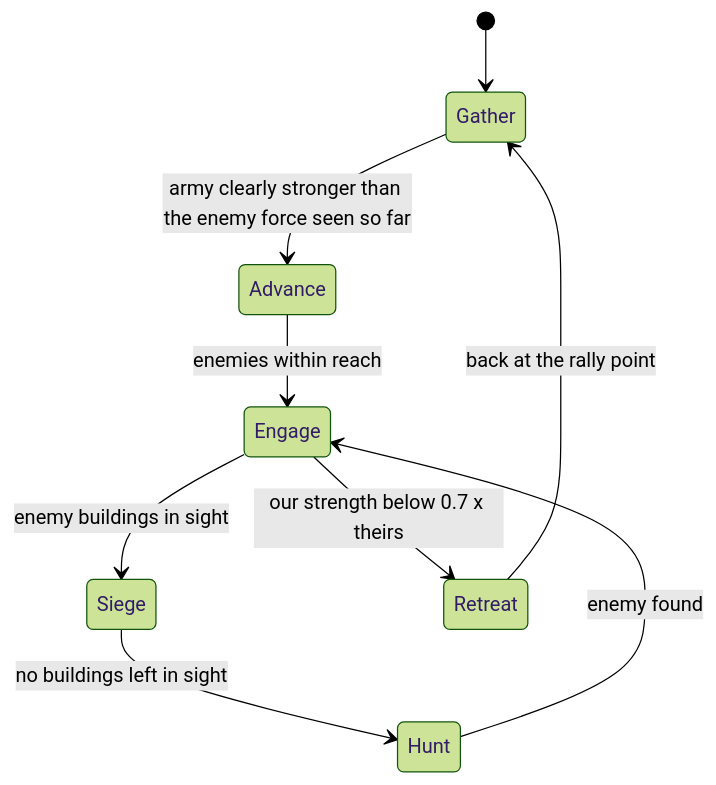
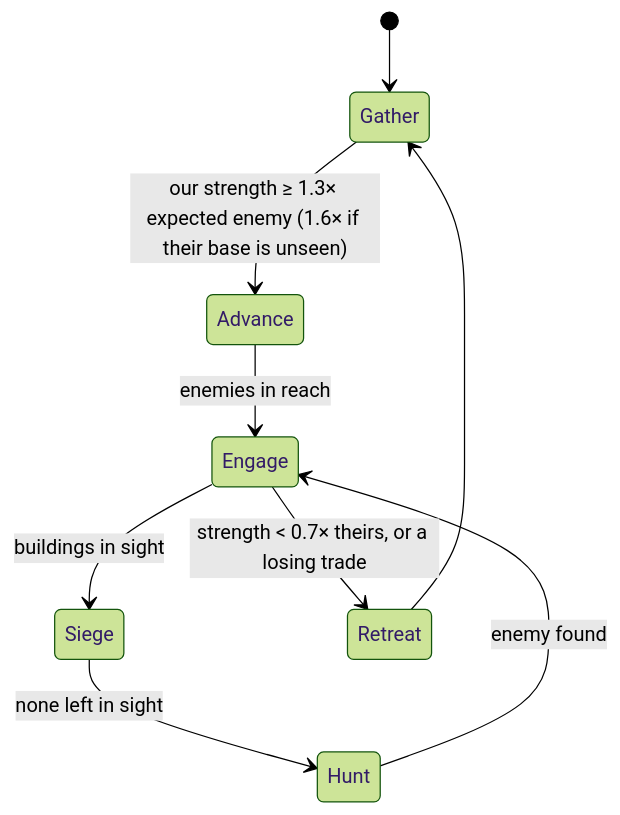
The fourth of 4 diagrams in PUBLIC_README.md (Astro-wen/ucla-agent-tournament), drawn with Mermaid (forest theme) before and after one commit. The commit also changed other lines of this file and 7 other files, not shown here.

````diff
--- a/PUBLIC_README.md
+++ b/PUBLIC_README.md
@@ -222,11 +118,11 @@
 ```mermaid
 stateDiagram-v2
     [*] --> Gather
-    Gather --> Advance: army clearly stronger than the enemy force seen so far
-    Advance --> Engage: enemies within reach
-    Engage --> Siege: enemy buildings in sight
-    Siege --> Hunt: no buildings left in sight
+    Gather --> Advance: our strength ≥ 1.3× expected enemy (1.6× if their base is unseen)
+    Advance --> Engage: enemies in reach
+    Engage --> Siege: buildings in sight
+    Siege --> Hunt: none left in sight
     Hunt --> Engage: enemy found
-    Engage --> Retreat: our strength below 0.7 x theirs
-    Retreat --> Gather: back at the rally point
+    Engage --> Retreat: strength < 0.7× theirs, or a losing trade
+    Retreat --> Gather
 ```
````
